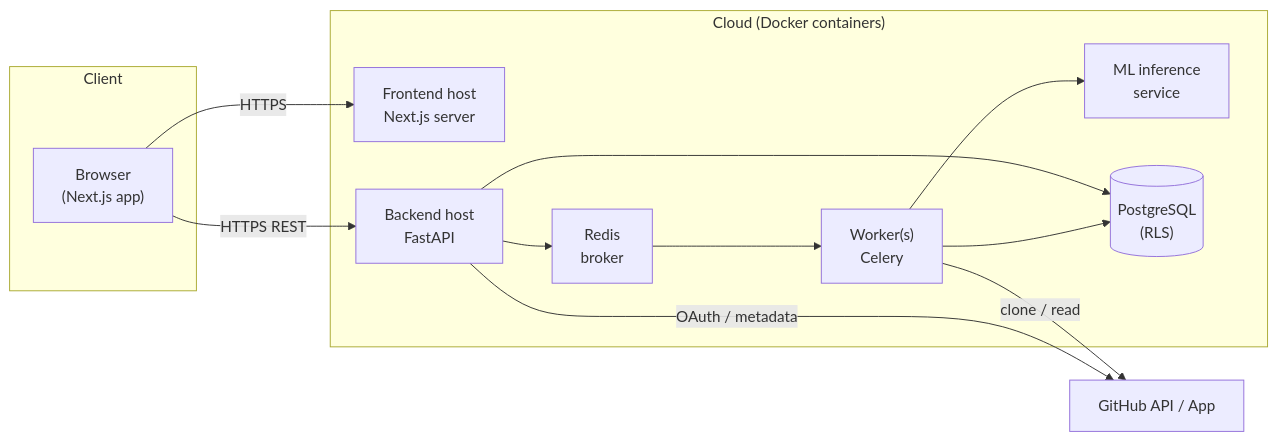
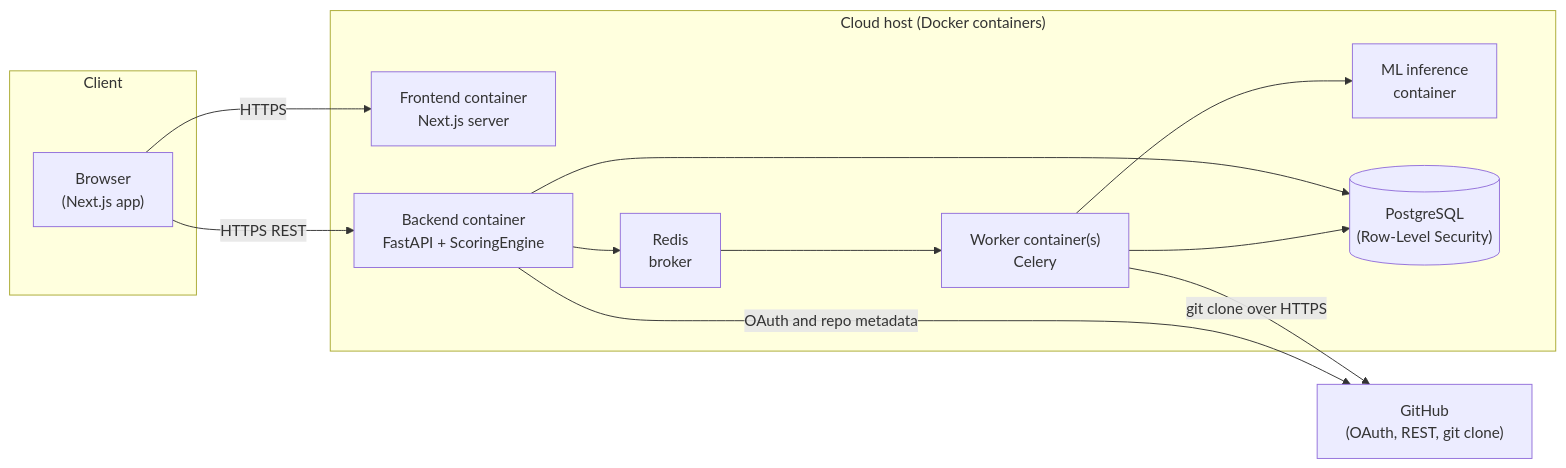
One commit to JPabasara/CodeSage-AI changed the seventh of 9 diagrams in docs/Deliverables/Software_Architecture_Document.md. Above: the diagram before and after it, drawn with Mermaid. The commit also changed other lines of this file, not shown here.

````diff
--- a/docs/Deliverables/Software_Architecture_Document.md
+++ b/docs/Deliverables/Software_Architecture_Document.md
@@ -386,23 +463,23 @@
 ```mermaid
 flowchart LR
     subgraph Client
         BR["Browser<br/>(Next.js app)"]
     end
-    subgraph Cloud["Cloud (Docker containers)"]
-        FEH["Frontend host<br/>Next.js server"]
-        APIH["Backend host<br/>FastAPI"]
-        WRK["Worker(s)<br/>Celery"]
+    subgraph Cloud["Cloud host (Docker containers)"]
+        FEH["Frontend container<br/>Next.js server"]
+        APIH["Backend container<br/>FastAPI + ScoringEngine"]
+        WRK["Worker container(s)<br/>Celery"]
         RED["Redis<br/>broker"]
-        MLH["ML inference<br/>service"]
-        PG[("PostgreSQL<br/>(RLS)")]
+        MLH["ML inference<br/>container"]
+        PG[("PostgreSQL<br/>(Row-Level Security)")]
     end
-    GH["GitHub API / App"]
+    GH["GitHub<br/>(OAuth, REST, git clone)"]
     BR -->|HTTPS| FEH
     BR -->|HTTPS REST| APIH
     APIH --> RED --> WRK
     WRK --> MLH
     APIH --> PG
     WRK --> PG
-    WRK -->|clone / read| GH
-    APIH -->|OAuth / metadata| GH
+    WRK -->|git clone over HTTPS| GH
+    APIH -->|OAuth and repo metadata| GH
 ```
````
